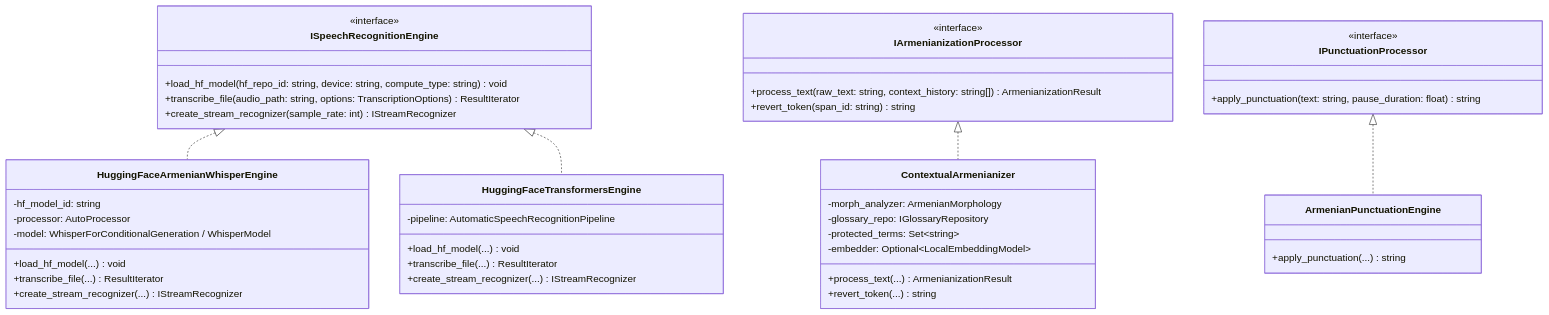
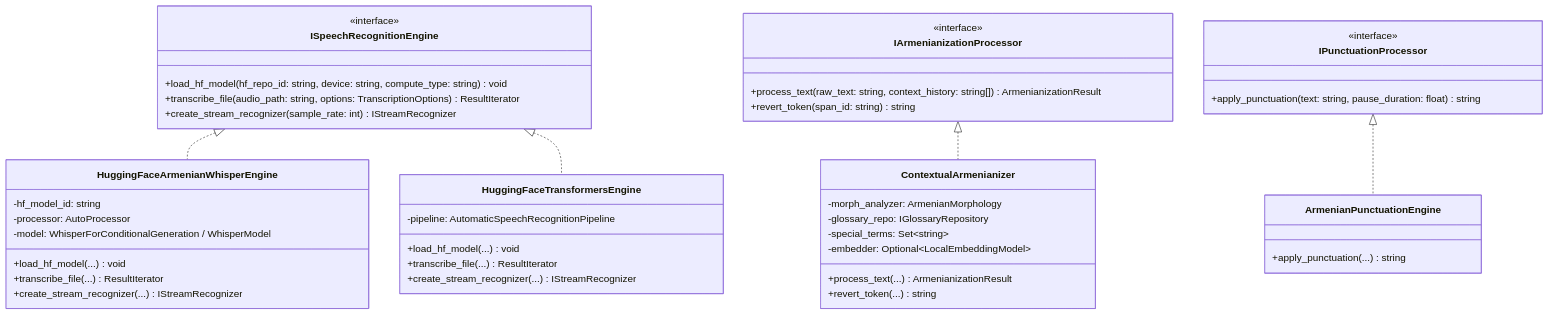
One commit to mariamhovhannisyan0/BarBar changed the second of 6 diagrams in technical-document.md. Above: the diagram before and after it, drawn with Mermaid. The commit also changed other lines of this file and 63 other files, not shown here.

````diff
--- a/technical-document.md
+++ b/technical-document.md
@@ -108,54 +108,54 @@
 ```mermaid
 classDiagram
     class ISpeechRecognitionEngine {
         <<interface>>
         +load_hf_model(hf_repo_id: string, device: string, compute_type: string) void
         +transcribe_file(audio_path: string, options: TranscriptionOptions) ResultIterator
         +create_stream_recognizer(sample_rate: int) IStreamRecognizer
     }
 
     class HuggingFaceArmenianWhisperEngine {
         -hf_model_id: string
         -processor: AutoProcessor
         -model: WhisperForConditionalGeneration / WhisperModel
         +load_hf_model(...) void
         +transcribe_file(...) ResultIterator
         +create_stream_recognizer(...) IStreamRecognizer
     }
 
     class HuggingFaceTransformersEngine {
         -pipeline: AutomaticSpeechRecognitionPipeline
         +load_hf_model(...) void
         +transcribe_file(...) ResultIterator
         +create_stream_recognizer(...) IStreamRecognizer
     }
 
     class IArmenianizationProcessor {
         <<interface>>
         +process_text(raw_text: string, context_history: string[]) ArmenianizationResult
         +revert_token(span_id: string) string
     }
 
     class ContextualArmenianizer {
         -morph_analyzer: ArmenianMorphology
         -glossary_repo: IGlossaryRepository
-        -protected_terms: Set~string~
+        -special_terms: Set~string~
         -embedder: Optional~LocalEmbeddingModel~
         +process_text(...) ArmenianizationResult
         +revert_token(...) string
     }
 
     class IPunctuationProcessor {
         <<interface>>
         +apply_punctuation(text: string, pause_duration: float) string
     }
 
     class ArmenianPunctuationEngine {
         +apply_punctuation(...) string
     }
 
     ISpeechRecognitionEngine <|.. HuggingFaceArmenianWhisperEngine
     ISpeechRecognitionEngine <|.. HuggingFaceTransformersEngine
     IArmenianizationProcessor <|.. ContextualArmenianizer
     IPunctuationProcessor <|.. ArmenianPunctuationEngine
 ```
````
